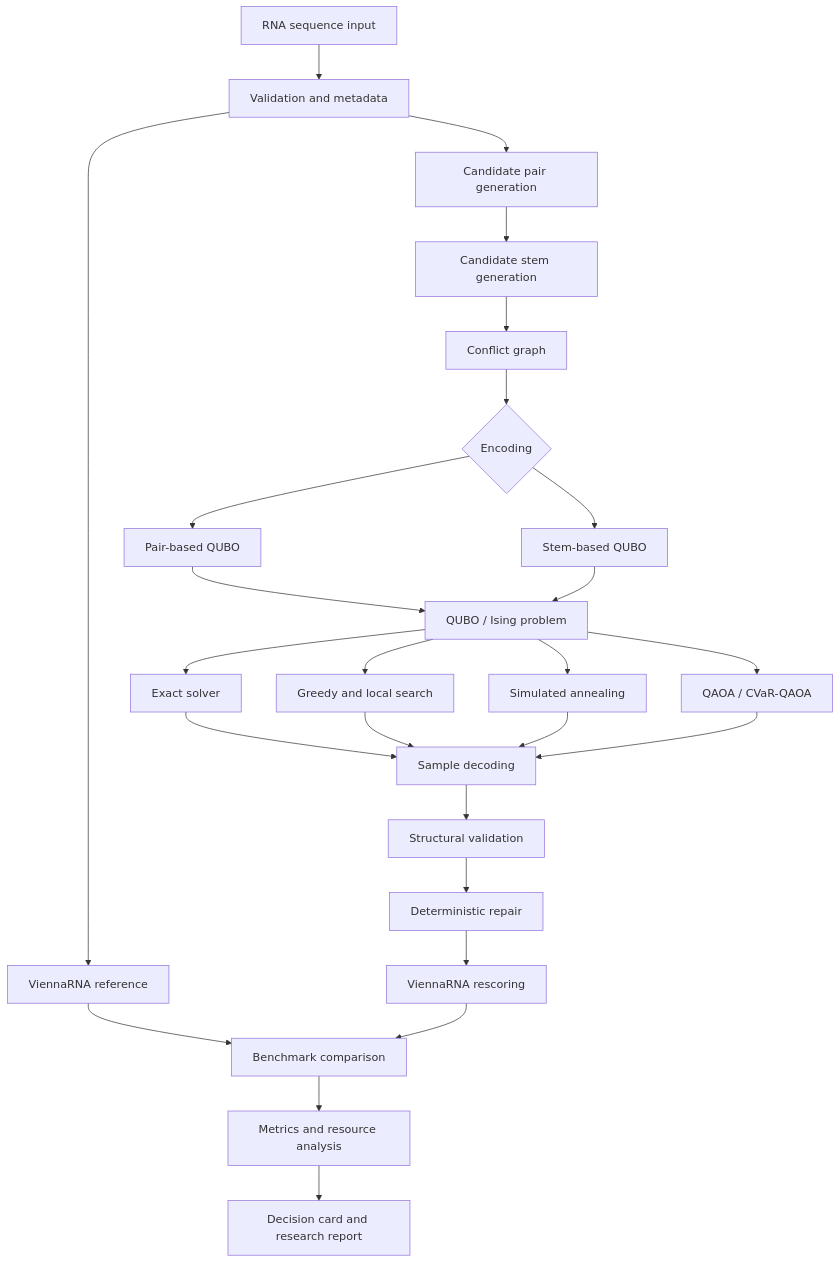
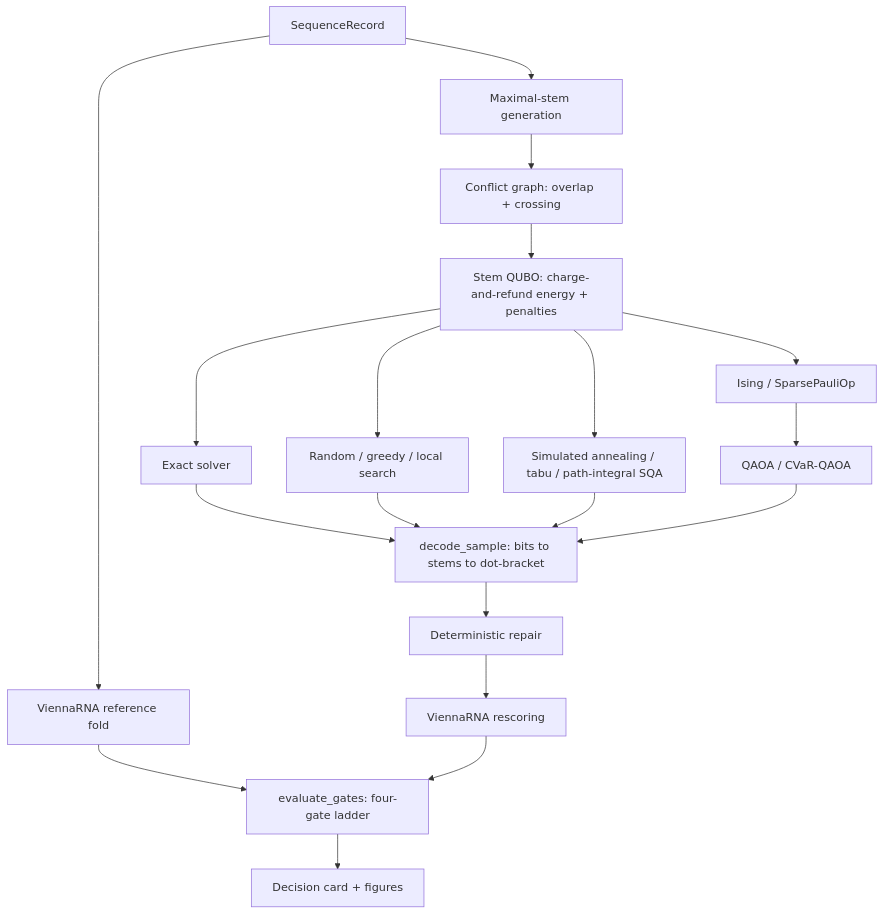
Before and after one commit to Sjainish04/decidion-foldq: the diagram in README.md, drawn with Mermaid. The commit also changed other lines of this file and 6 other files, not shown here.

````diff
--- a/README.md
+++ b/README.md
@@ -240,31 +354,24 @@
 ```mermaid
 flowchart TD
-    A[RNA sequence input] --> B[Validation and metadata]
-    B --> C[ViennaRNA reference]
-    B --> D[Candidate pair generation]
-    D --> E[Candidate stem generation]
-    E --> F[Conflict graph]
-    F --> G{Encoding}
-    G --> H[Pair-based QUBO]
-    G --> I[Stem-based QUBO]
-    H --> J[QUBO / Ising problem]
-    I --> J
+    A[SequenceRecord] --> B[ViennaRNA reference fold]
+    A --> C[Maximal-stem generation]
+    C --> D[Conflict graph: overlap + crossing]
+    D --> E[Stem QUBO: charge-and-refund energy + penalties]
+    E --> F[Ising / SparsePauliOp]
 
-    J --> K1[Exact solver]
-    J --> K2[Greedy and local search]
-    J --> K3[Simulated annealing]
-    J --> K4[QAOA / CVaR-QAOA]
+    E --> G1[Exact solver]
+    E --> G2[Random / greedy / local search]
+    E --> G3[Simulated annealing / tabu / path-integral SQA]
+    F --> G4[QAOA / CVaR-QAOA]
 
-    K1 --> L[Sample decoding]
-    K2 --> L
-    K3 --> L
-    K4 --> L
+    G1 --> H[decode_sample: bits to stems to dot-bracket]
+    G2 --> H
+    G3 --> H
+    G4 --> H
 
-    L --> M[Structural validation]
-    M --> N[Deterministic repair]
-    N --> O[ViennaRNA rescoring]
-    C --> P[Benchmark comparison]
-    O --> P
-    P --> Q[Metrics and resource analysis]
-    Q --> R[Decision card and research report]
+    H --> I[Deterministic repair]
+    I --> J[ViennaRNA rescoring]
+    B --> K[evaluate_gates: four-gate ladder]
+    J --> K
+    K --> L[Decision card + figures]
 ```
````
